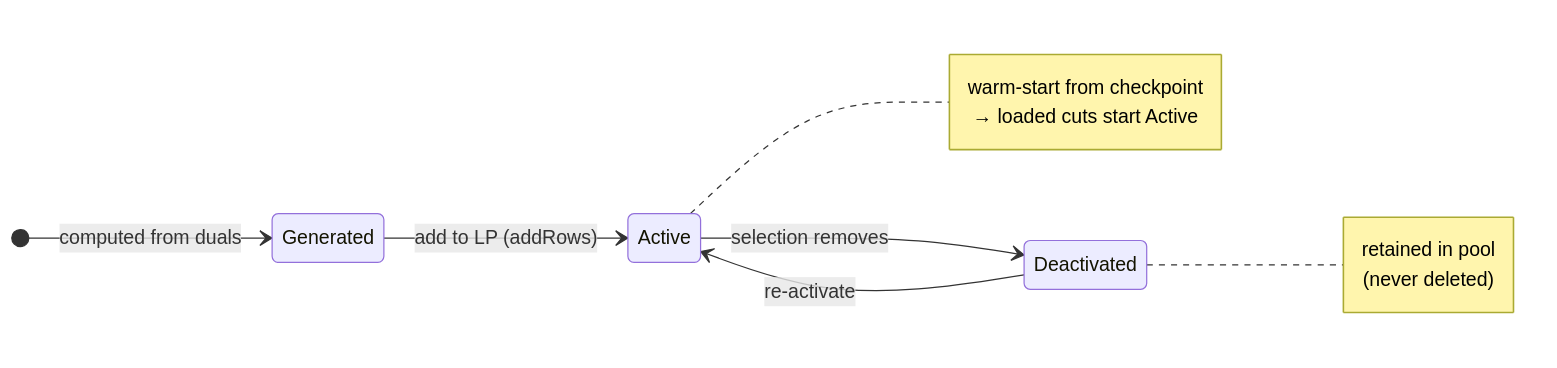
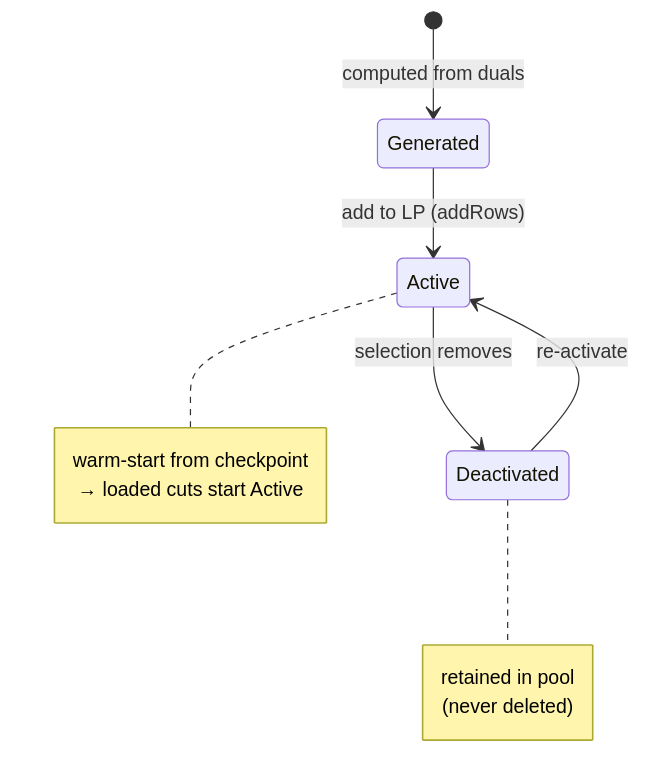
One commit to cobre-rs/cobre-docs changed the diagram in src/specs/architecture/solver-abstraction.md. Above: the diagram before and after it, drawn with Mermaid. The commit also changed 5 other files, not shown here.

````diff
--- a/src/specs/architecture/solver-abstraction.md
+++ b/src/specs/architecture/solver-abstraction.md
@@ -385,16 +385,16 @@
 ```mermaid
 stateDiagram-v2
-    direction LR
+    direction TB
     [*] --> Generated: computed from duals
     Generated --> Active: add to LP (addRows)
     Active --> Deactivated: selection removes
     Deactivated --> Active: re-activate
     note right of Active
         warm-start from checkpoint
         → loaded cuts start Active
     end note
     note right of Deactivated
         retained in pool
         (never deleted)
     end note
 ```
````
